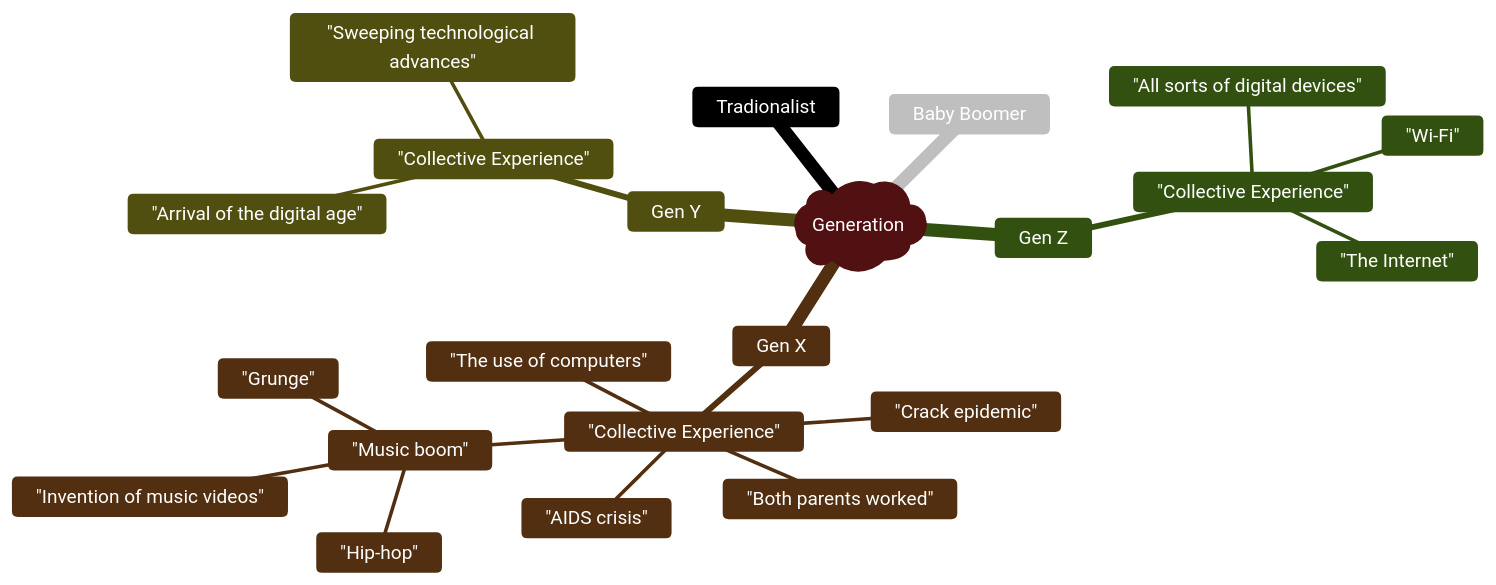
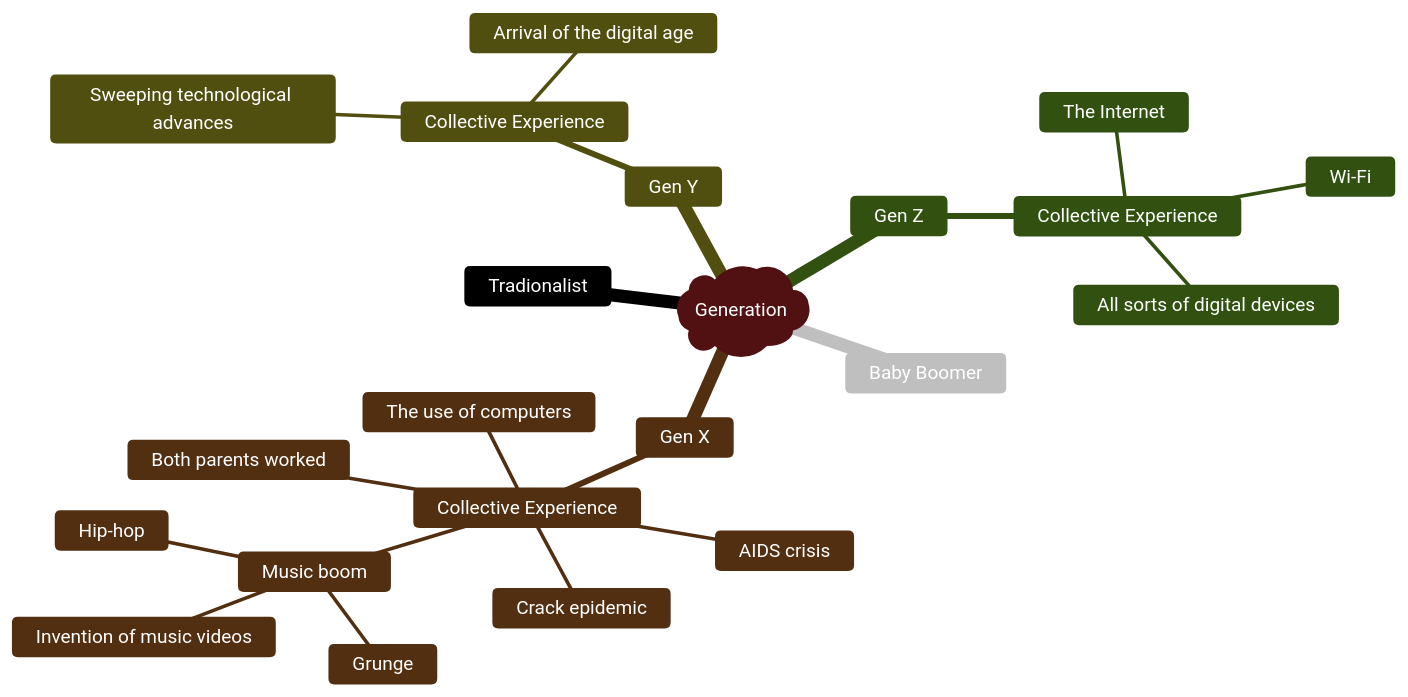
The diagram in 英语第一次作业.md (Charlie929-dot/charlie_vault), drawn with Mermaid before and after one commit.

Commit message:
vault backup: 2026-03-03 10:54:55

````diff
--- a/英语第一次作业.md
+++ b/英语第一次作业.md
@@ -3,36 +3,36 @@
 ```mermaid
 ---
 config:
   theme: 'base'
   themeVariables:
     primaryColor: '#BB2528'
     primaryTextColor: '#fff'
     primaryBorderColor: '#7C0000'
     lineColor: '#F8B229'
     secondaryColor: '#006100'
     tertiaryColor: '#fff'
 ---
 			mindmap
 				  root)Generation(
 				    Tradionalist
 				    Baby Boomer
 				    Gen X
-				      "Collective Experience"
-				        "The use of computers"
-				        "Both parents worked"
-				        "Crack epidemic"
-				        "AIDS crisis"
-				        "Music boom"
-				          "Invention of music videos"
-				          "Hip-hop"
-				          "Grunge"
+				      Collective Experience
+				        The use of computers
+				        Both parents worked
+				        Crack epidemic
+				        AIDS crisis
+				        Music boom
+				          Invention of music videos
+				          Hip-hop
+				          Grunge
 				    Gen Y
-				      "Collective Experience"
-				        "Sweeping technological advances"
-				        "Arrival of the digital age"
+				      Collective Experience
+				        Sweeping technological advances
+				        Arrival of the digital age
 				    Gen Z
-				      "Collective Experience"
-				        "All sorts of digital devices"
-				        "The Internet"
-				        "Wi-Fi"
+				      Collective Experience
+				        All sorts of digital devices
+				        The Internet
+				        Wi-Fi
 ```
````
